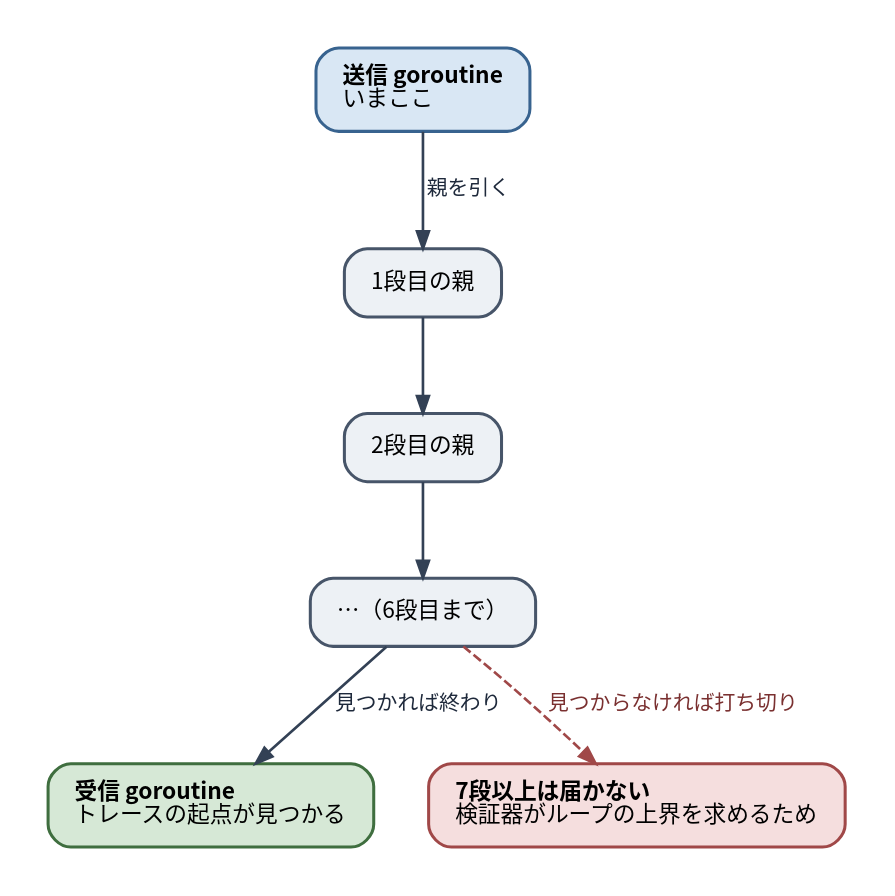
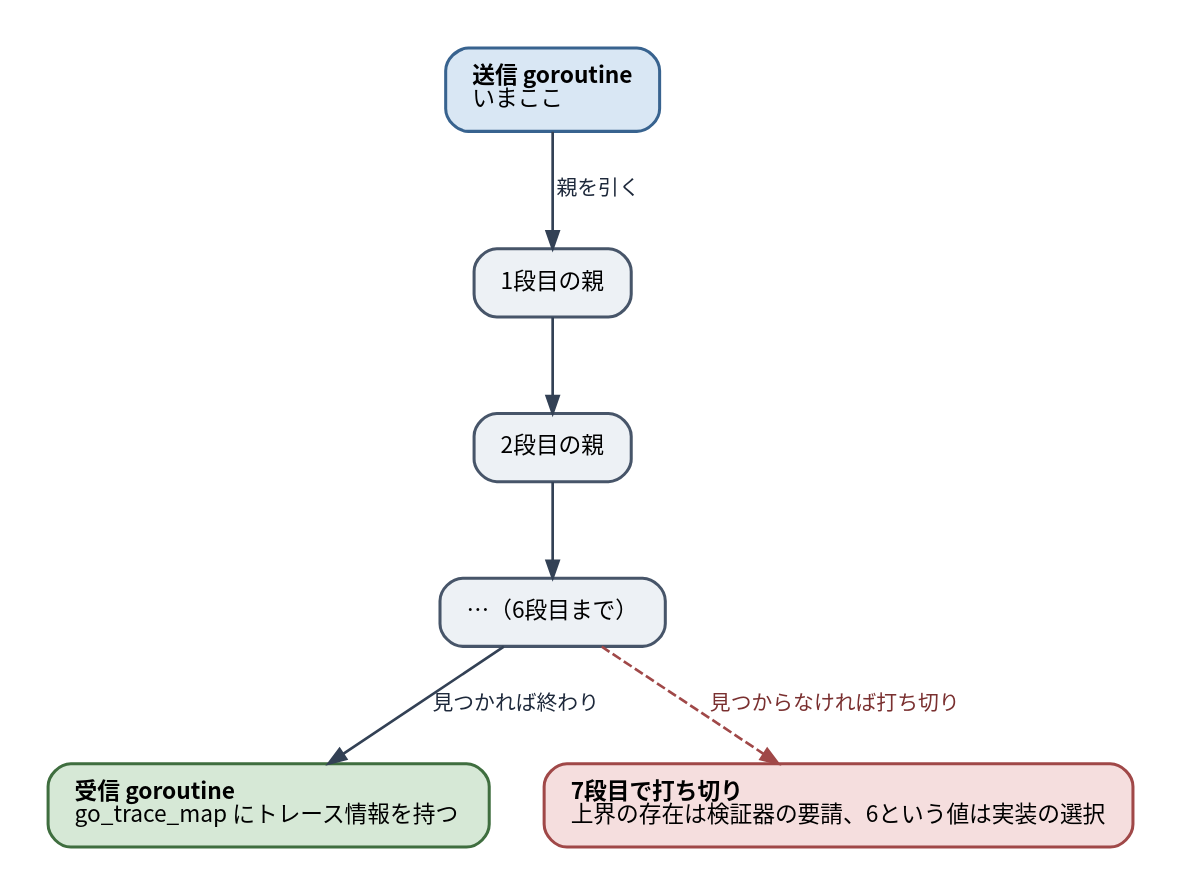
The diagram in diagrams/20260820-go-ebpf-instrumentation/20260820-parent-walk.dot (ymotongpoo/zenn.dev), drawn with Graphviz before and after one commit. The commit also changed 11 other files, not shown here.

```diff
--- a/diagrams/20260820-go-ebpf-instrumentation/20260820-parent-walk.dot
+++ b/diagrams/20260820-go-ebpf-instrumentation/20260820-parent-walk.dot
@@ -1,34 +1,34 @@
 // 親を6段まで遡る
 digraph parent_walk {
   graph [
     fontname="Harano Aji Gothic,Noto Sans CJK JP,IPAGothic", fontsize=13,
     rankdir=TB, compound=true, splines=true,
     nodesep=0.5, ranksep=0.7, pad=0.25,
     bgcolor="white", newrank=true
   ];
   node [
     fontname="Harano Aji Gothic,Noto Sans CJK JP,IPAGothic", fontsize=12,
     shape=box, style="rounded,filled",
     fillcolor="#F1F5F9", color="#475569", penwidth=1.6,
     margin="0.2,0.14"
   ];
   edge [
     fontname="Harano Aji Gothic,Noto Sans CJK JP,IPAGothic", fontsize=11,
     color="#334155", penwidth=1.4, arrowsize=0.9,
     fontcolor="#1E293B"
   ];
   nodesep=0.4;
 
   cur [label=<<b>送信 goroutine</b><br align="left"/>いまここ<br align="left"/>>, fillcolor="#D9E7F4", color="#38638F"];
   p1 [label=<1段目の親>, fillcolor="#EDF1F5"];
   p2 [label=<2段目の親>, fillcolor="#EDF1F5"];
   dots [label=<…（6段目まで）>, fillcolor="#EDF1F5"];
-  root [label=<<b>受信 goroutine</b><br align="left"/>トレースの起点が見つかる<br align="left"/>>, fillcolor="#D6E8D6", color="#3F6E3F"];
-  over [label=<<b>7段以上は届かない</b><br align="left"/>検証器がループの上界を求めるため<br align="left"/>>, fillcolor="#F5DEDE", color="#A04848"];
+  root [label=<<b>受信 goroutine</b><br align="left"/>go_trace_map にトレース情報を持つ<br align="left"/>>, fillcolor="#D6E8D6", color="#3F6E3F"];
+  over [label=<<b>7段目で打ち切り</b><br align="left"/>上界の存在は検証器の要請、6という値は実装の選択<br align="left"/>>, fillcolor="#F5DEDE", color="#A04848"];
 
   cur -> p1 [label=" 親を引く"];
   p1 -> p2;
   p2 -> dots;
   dots -> root [label=" 見つかれば終わり"];
   dots -> over [label=" 見つからなければ打ち切り", style=dashed, color="#A04848", fontcolor="#7A3030"];
 }
```
